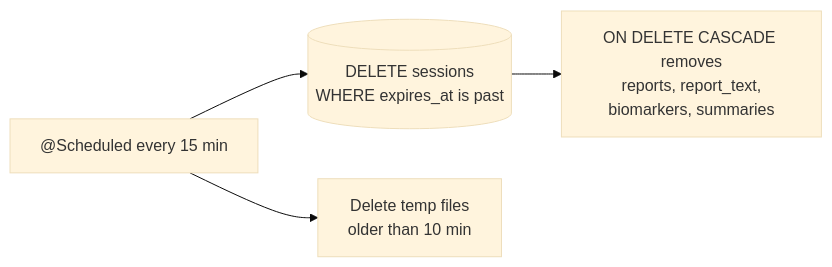
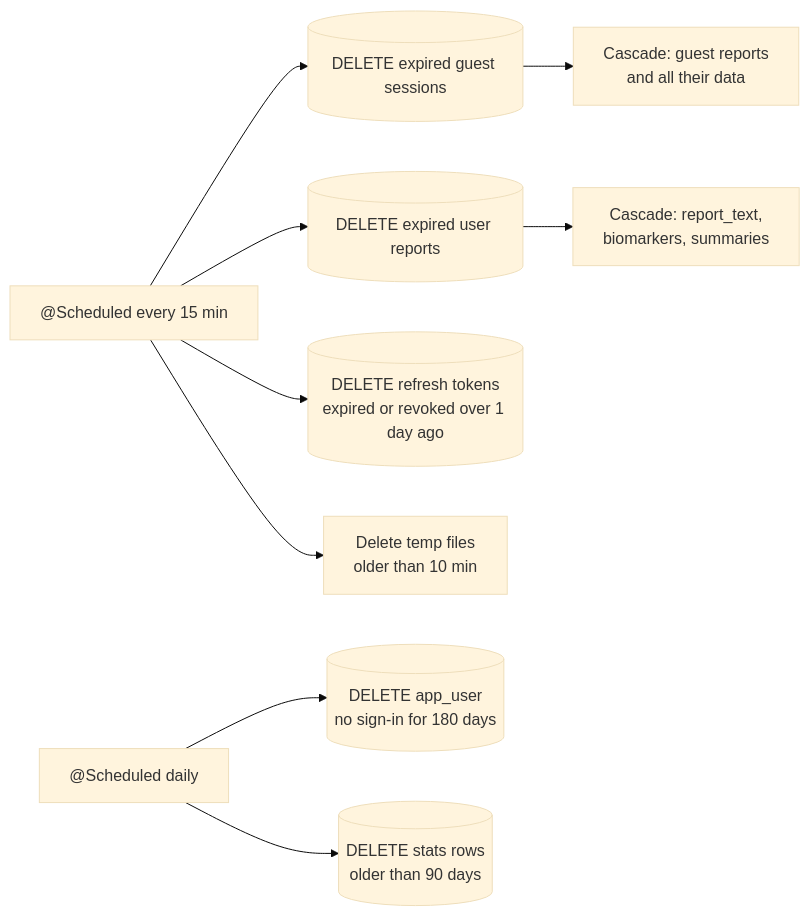
Diagram 19 of 20 in docs/medi-scan-dataflow.md (SaqibCod/medi-scan), drawn with Mermaid (base theme) before and after one commit. The commit also changed other lines of this file and 4 other files, not shown here.

````diff
--- a/docs/medi-scan-dataflow.md
+++ b/docs/medi-scan-dataflow.md
@@ -324,6 +638,11 @@
 ```mermaid
 flowchart LR
-    CRON["@Scheduled every 15 min"] --> Q1[("DELETE sessions<br/>WHERE expires_at is past")]
-    Q1 --> CASCADE["ON DELETE CASCADE removes<br/>reports, report_text,<br/>biomarkers, summaries"]
-    CRON --> Q2["Delete temp files<br/>older than 10 min"]
+    CRON["@Scheduled every 15 min"] --> Q1[("DELETE expired guest sessions")]
+    Q1 --> C1["Cascade: guest reports<br/>and all their data"]
+    CRON --> Q2[("DELETE expired user reports")]
+    Q2 --> C2["Cascade: report_text,<br/>biomarkers, summaries"]
+    CRON --> Q3[("DELETE refresh tokens<br/>expired or revoked over 1 day ago")]
+    CRON --> Q4["Delete temp files<br/>older than 10 min"]
+    DAILY["@Scheduled daily"] --> Q5[("DELETE app_user<br/>no sign-in for 180 days")]
+    DAILY --> Q6[("DELETE stats rows<br/>older than 90 days")]
 ```
````
